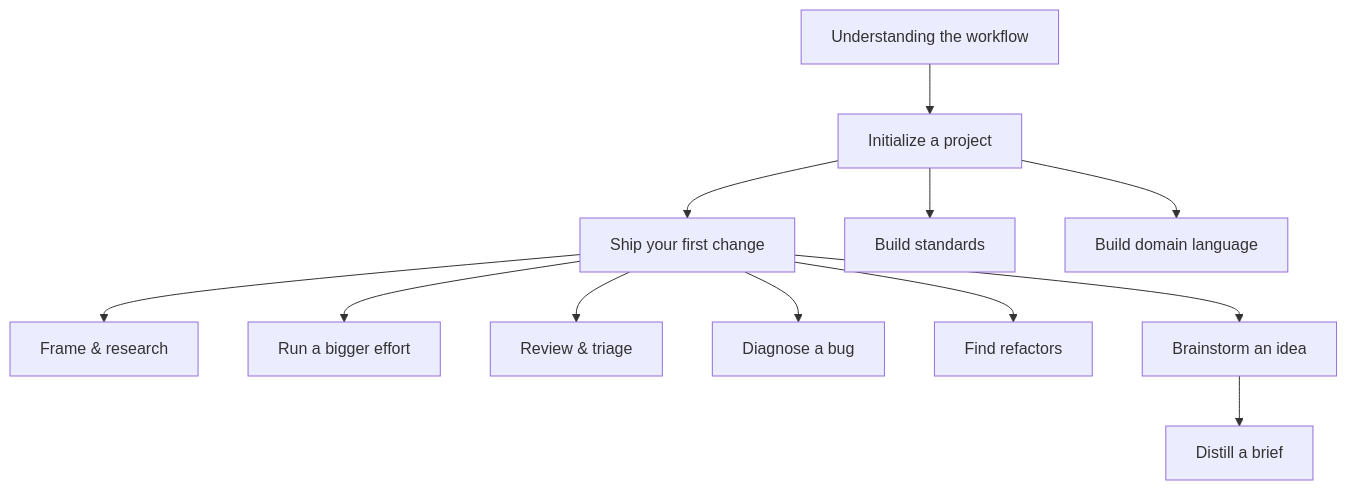
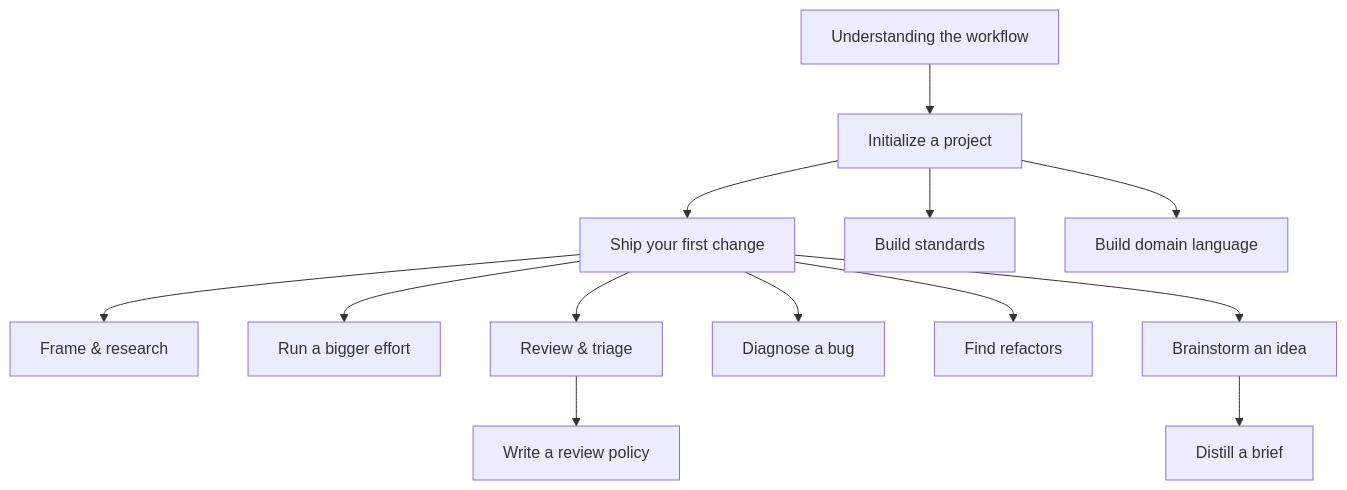
Before and after one commit to dikamilo/dx-workflow: the diagram in docs/README.md, drawn with Mermaid. The commit also changed other lines of this file and 16 other files, not shown here.

Commit message:
docs(review-policy-core): Docs, changeset, dogfood (p4)

````diff
--- a/docs/README.md
+++ b/docs/README.md
@@ -16,14 +16,15 @@
 ```mermaid
 flowchart TD
     A[Understanding the workflow] --> B[Initialize a project]
     B --> C[Ship your first change]
     C --> D[Frame & research]
     C --> E[Run a bigger effort]
     C --> F[Review & triage]
     B --> G[Build standards]
     B --> H[Build domain language]
     C --> I[Diagnose a bug]
     C --> J[Find refactors]
     C --> K[Brainstorm an idea]
     K --> L[Distill a brief]
+    F --> M[Write a review policy]
 ```
````
